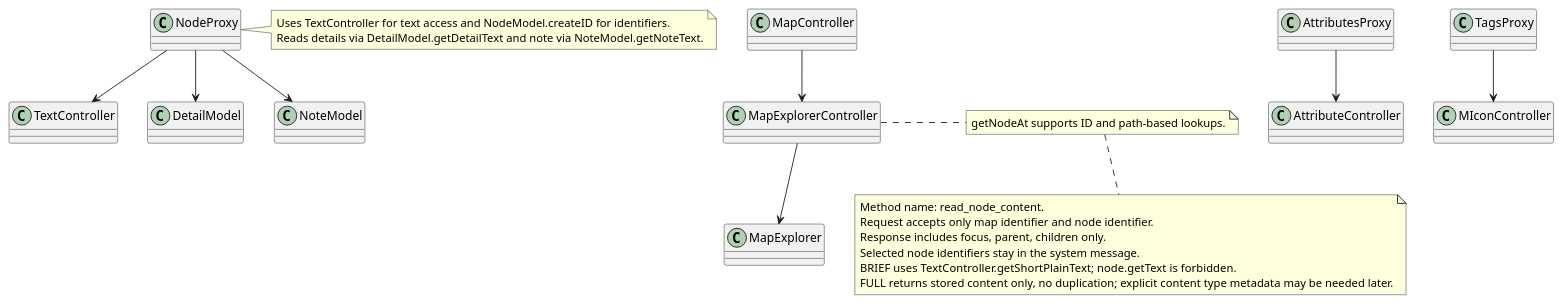
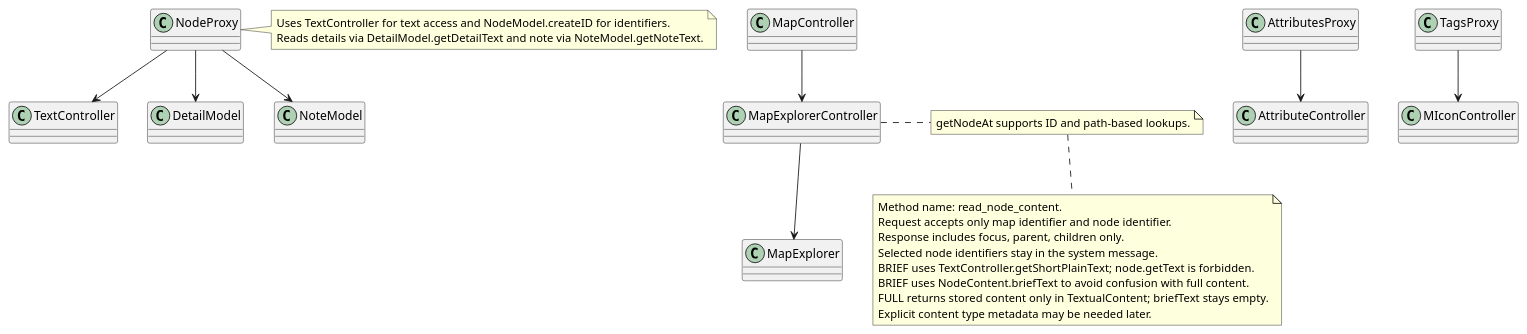
The fifth of 11 diagrams in freeplane_plugin_ai/specs/sprints/sprint-001.md (guoranjun2/nexordia), drawn with PlantUML before and after one commit. The commit also changed other lines of this file and 6 other files, not shown here.

Commit message:
save brief text as separate field

````diff
--- a/freeplane_plugin_ai/specs/sprints/sprint-001.md
+++ b/freeplane_plugin_ai/specs/sprints/sprint-001.md
@@ -56,41 +58,43 @@
 ```plantuml
 @startuml
 class NodeProxy
 class AttributesProxy
 class TagsProxy
 class MapController
 class MapExplorerController
 class MapExplorer
 class TextController
 class DetailModel
 class NoteModel
 class AttributeController
 class MIconController
 
 NodeProxy --> TextController
 NodeProxy --> DetailModel
 NodeProxy --> NoteModel
 AttributesProxy --> AttributeController
 TagsProxy --> MIconController
 MapController --> MapExplorerController
 MapExplorerController --> MapExplorer
 
 note right of NodeProxy
 Uses TextController for text access and NodeModel.createID for identifiers.
 Reads details via DetailModel.getDetailText and note via NoteModel.getNoteText.
 end note
 
 note right of MapExplorerController
 getNodeAt supports ID and path-based lookups.
 end note
 
 note bottom
 Method name: read_node_content.
 Request accepts only map identifier and node identifier.
 Response includes focus, parent, children only.
 Selected node identifiers stay in the system message.
 BRIEF uses TextController.getShortPlainText; node.getText is forbidden.
-FULL returns stored content only, no duplication; explicit content type metadata may be needed later.
+BRIEF uses NodeContent.briefText to avoid confusion with full content.
+FULL returns stored content only in TextualContent; briefText stays empty.
+Explicit content type metadata may be needed later.
 end note
 @enduml
 ```
````
